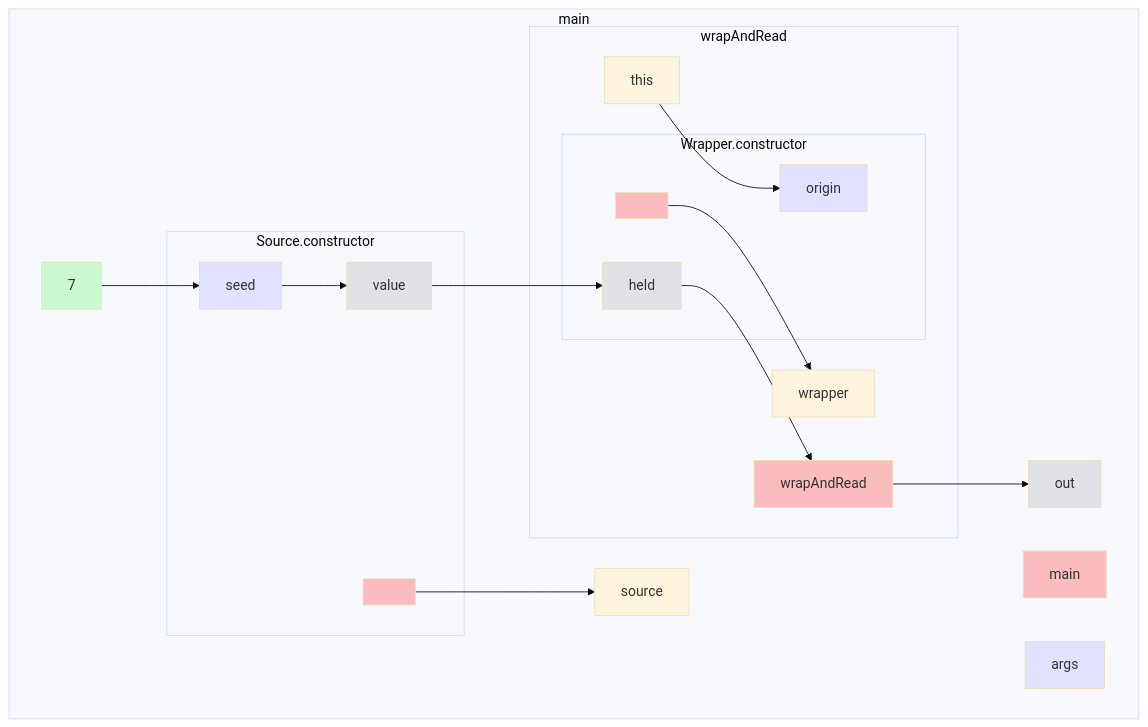
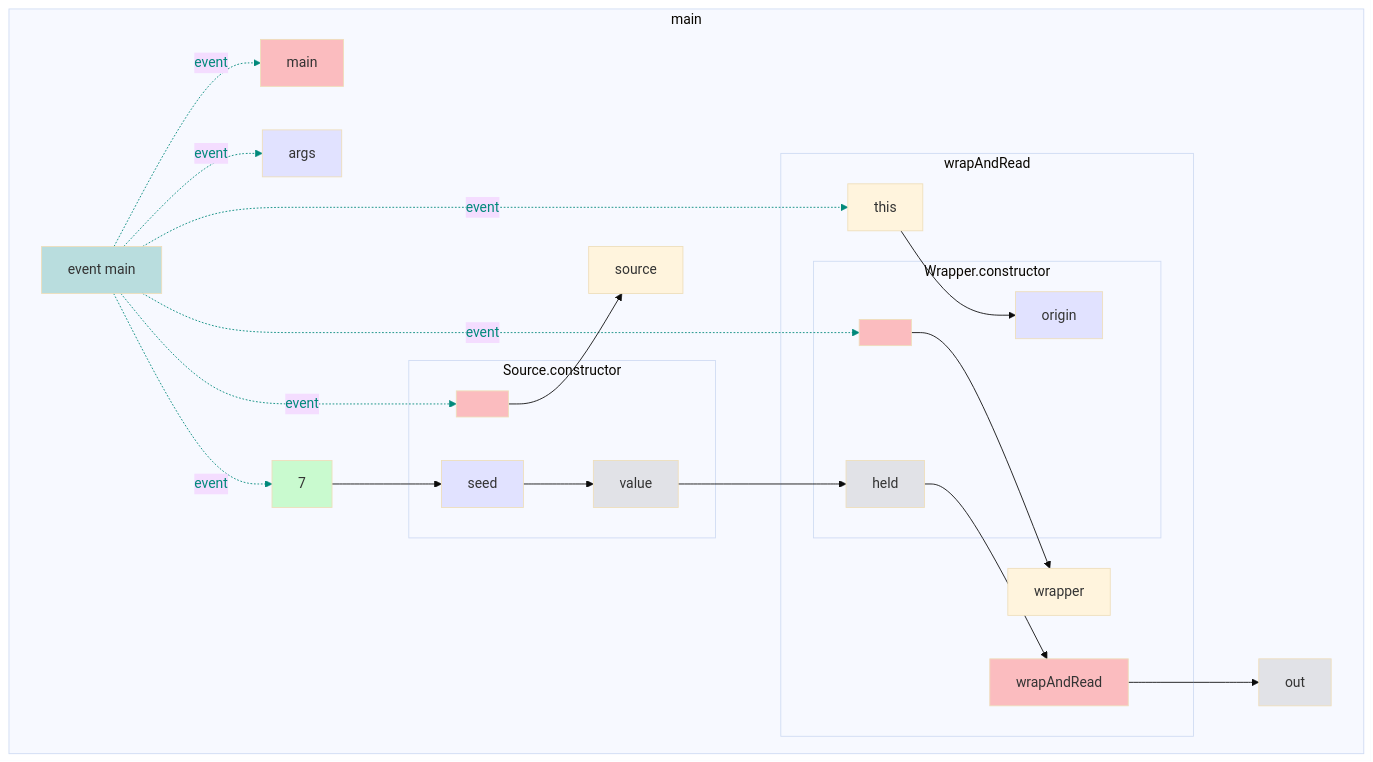
The diagram in app/src/test/resources/thisReference/snapshot.md (gstiebler/codeflow), drawn with Mermaid (base theme) before and after one commit. The commit also changed 77 other files, not shown here.

````diff
--- a/app/src/test/resources/thisReference/snapshot.md
+++ b/app/src/test/resources/thisReference/snapshot.md
@@ -1,40 +1,54 @@
 ```mermaid
 flowchart TD
   subgraph b0["main"]
-    n1[main]:::RETURN
-    n2[args]:::FUNC_PARAM
-    n3[7]:::LITERAL
-    n8[source]:::OBJ_VARIABLE
-    n17[out]:::VARIABLE
-    n3[7]:::LITERAL --> n6[seed]:::FUNC_PARAM
-    n5[<init>]:::RETURN --> n8[source]:::OBJ_VARIABLE
-    n7[value]:::VARIABLE --> n15[held]:::VARIABLE
-    n10[wrapAndRead]:::RETURN --> n17[out]:::VARIABLE
-    subgraph b4["Source.constructor"]
-      n5[<init>]:::RETURN
-      n6[seed]:::FUNC_PARAM
-      n7[value]:::VARIABLE
-      n6[seed]:::FUNC_PARAM --> n7[value]:::VARIABLE
+    n1[event main]:::EVENT
+    n2[main]:::RETURN
+    n3[args]:::FUNC_PARAM
+    n4[7]:::LITERAL
+    n9[source]:::OBJ_VARIABLE
+    n18[out]:::VARIABLE
+    n1[event main]:::EVENT -. event .-> n2[main]:::RETURN
+    n1[event main]:::EVENT -. event .-> n3[args]:::FUNC_PARAM
+    n1[event main]:::EVENT -. event .-> n4[7]:::LITERAL
+    n1[event main]:::EVENT -. event .-> n6[<init>]:::RETURN
+    n1[event main]:::EVENT -. event .-> n12[this]:::OBJ_VARIABLE
+    n1[event main]:::EVENT -. event .-> n14[<init>]:::RETURN
+    n4[7]:::LITERAL --> n7[seed]:::FUNC_PARAM
+    n6[<init>]:::RETURN --> n9[source]:::OBJ_VARIABLE
+    n8[value]:::VARIABLE --> n16[held]:::VARIABLE
+    n11[wrapAndRead]:::RETURN --> n18[out]:::VARIABLE
+    subgraph b5["Source.constructor"]
+      n6[<init>]:::RETURN
+      n7[seed]:::FUNC_PARAM
+      n8[value]:::VARIABLE
+      n7[seed]:::FUNC_PARAM --> n8[value]:::VARIABLE
     end
-    subgraph b9["wrapAndRead"]
-      n10[wrapAndRead]:::RETURN
-      n11[this]:::OBJ_VARIABLE
-      n16[wrapper]:::OBJ_VARIABLE
-      n11[this]:::OBJ_VARIABLE --> n14[origin]:::FUNC_PARAM
-      n13[<init>]:::RETURN --> n16[wrapper]:::OBJ_VARIABLE
-      n15[held]:::VARIABLE --> n10[wrapAndRead]:::RETURN
-      subgraph b12["Wrapper.constructor"]
-        n13[<init>]:::RETURN
-        n14[origin]:::FUNC_PARAM
-        n15[held]:::VARIABLE
+    subgraph b10["wrapAndRead"]
+      n11[wrapAndRead]:::RETURN
+      n12[this]:::OBJ_VARIABLE
+      n17[wrapper]:::OBJ_VARIABLE
+      n12[this]:::OBJ_VARIABLE --> n15[origin]:::FUNC_PARAM
+      n14[<init>]:::RETURN --> n17[wrapper]:::OBJ_VARIABLE
+      n16[held]:::VARIABLE --> n11[wrapAndRead]:::RETURN
+      subgraph b13["Wrapper.constructor"]
+        n14[<init>]:::RETURN
+        n15[origin]:::FUNC_PARAM
+        n16[held]:::VARIABLE
       end
     end
   end
+  linkStyle 0 stroke:#00897b,color:#00897b
+  linkStyle 1 stroke:#00897b,color:#00897b
+  linkStyle 2 stroke:#00897b,color:#00897b
+  linkStyle 3 stroke:#00897b,color:#00897b
+  linkStyle 4 stroke:#00897b,color:#00897b
+  linkStyle 5 stroke:#00897b,color:#00897b
   classDef LITERAL fill:#00FF0030
   classDef VARIABLE fill:#80808030
   classDef BIN_OP fill:#80808080
   classDef FUNC_PARAM fill:#8080FF30
   classDef RETURN fill:#FF808080
   classDef EXTERNAL fill:#FFA50040
   classDef UNMODELLED fill:#FF000030,stroke-dasharray: 4 2
+  classDef EVENT fill:#00897B40
 ```
````
